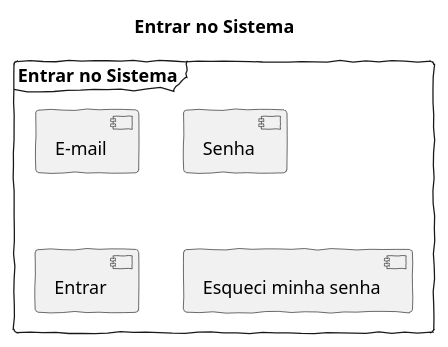
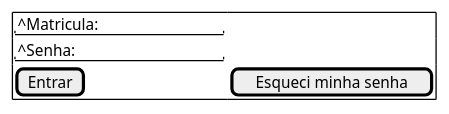
The diagram in docs/Elaboracao/prototipo/login.wsd (Projetos-de-Extensao/PBE_25.2_8004_Pioneiros), drawn with PlantUML before and after one commit.

```diff
--- a/docs/Elaboracao/prototipo/login.wsd
+++ b/docs/Elaboracao/prototipo/login.wsd
@@ -1,11 +1,7 @@
-@startuml
-skinparam handwritten true
-title Entrar no Sistema
-
-frame "Entrar no Sistema" {
-  component "E-mail"
-  component "Senha"
-  component "Entrar"
-  component "Esqueci minha senha"
+@startsalt
+{+
+  "^Matricula:         "
+  "^Senha:             "
+  [Entrar] | [Esqueci minha senha]
 }
-@enduml
+@endsalt
```
